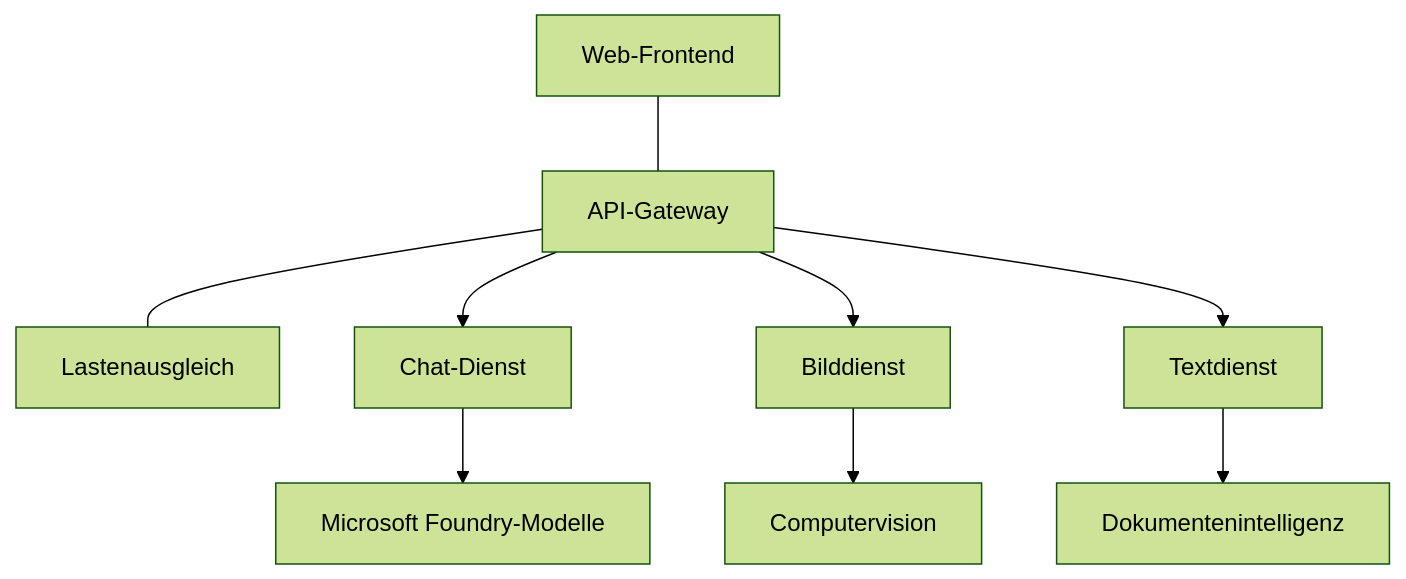
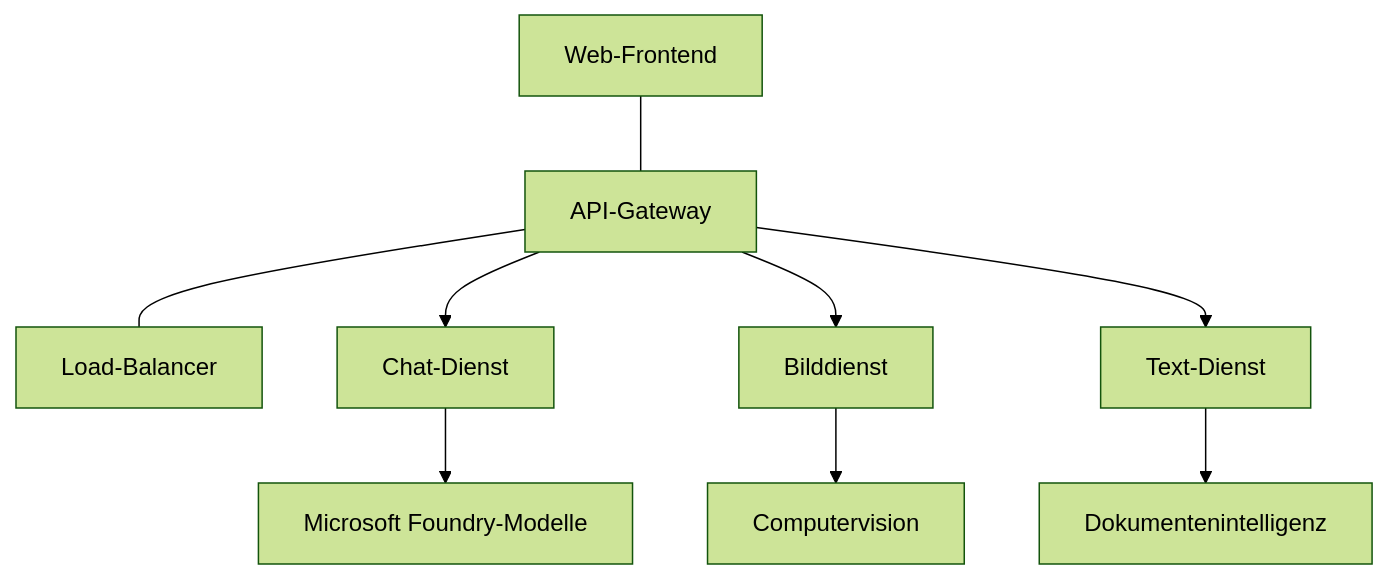
One commit to microsoft/AZD-for-beginners changed the diagram in translations/de/docs/chapter-08-production/production-ai-practices.md. Above: the diagram before and after it, drawn with Mermaid (forest theme). The commit also changed other lines of this file and 101 other files, not shown here.

````diff
--- a/translations/de/docs/chapter-08-production/production-ai-practices.md
+++ b/translations/de/docs/chapter-08-production/production-ai-practices.md
@@ -30,10 +30,10 @@
 ```mermaid
 graph TD
-    Frontend[Web-Frontend] --- Gateway[API-Gateway] --- LB[Lastenausgleich]
+    Frontend[Web-Frontend] --- Gateway[API-Gateway] --- LB[Load-Balancer]
     Gateway --> Chat[Chat-Dienst]
     Gateway --> Image[Bilddienst]
-    Gateway --> Text[Textdienst]
+    Gateway --> Text[Text-Dienst]
     Chat --> OpenAI[Microsoft Foundry-Modelle]
     Image --> Vision[Computervision]
     Text --> DocIntel[Dokumentenintelligenz]
 ```
````
